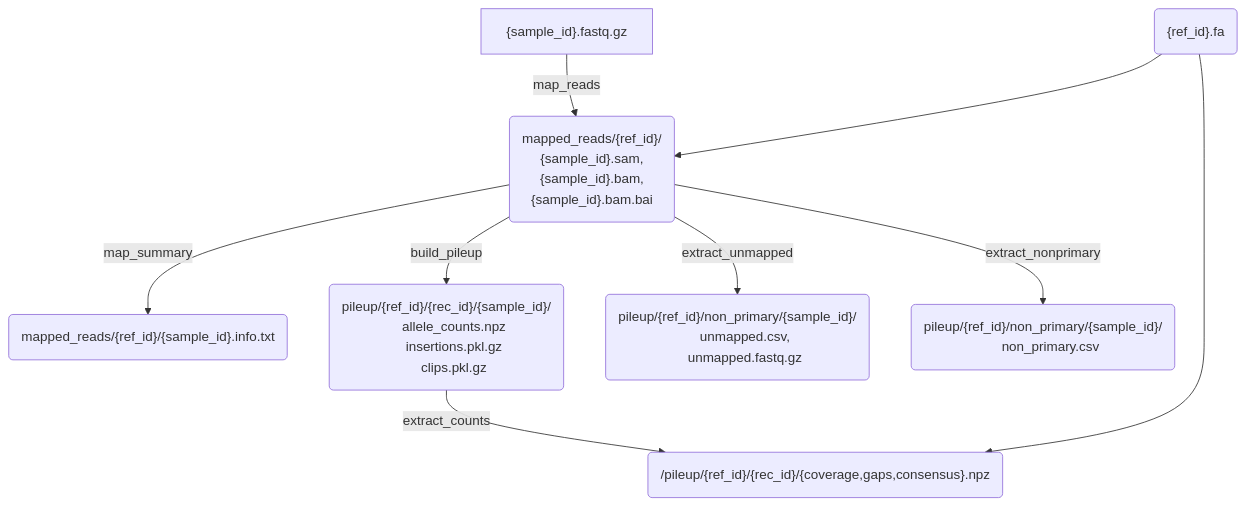
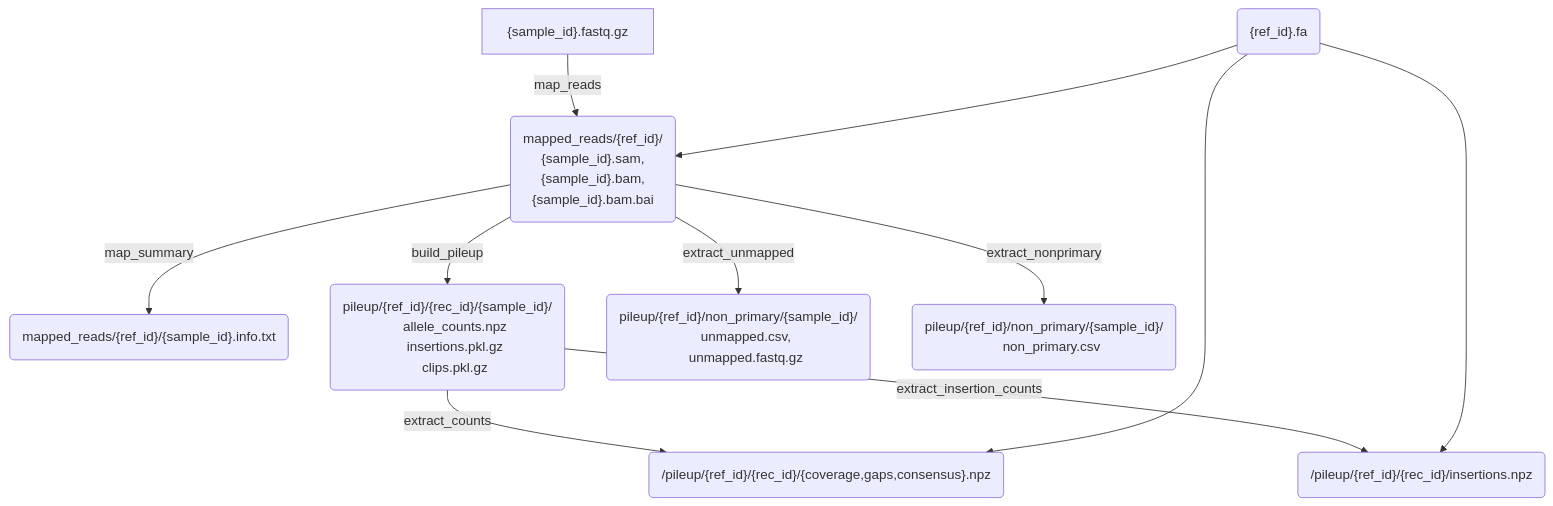
The second of 2 diagrams in notes/workflow_structure.md (mmolari/evo-genome-analysis), drawn with Mermaid before and after one commit. The commit also changed other lines of this file and 3 other files, not shown here.

Commit message:
feat: extract insertion counts

````diff
--- a/notes/workflow_structure.md
+++ b/notes/workflow_structure.md
@@ -61,29 +61,32 @@
 ```mermaid
 flowchart TD
 	Sample["{sample_id}.fastq.gz"]
 	Ref("{ref_id}.fa")
 	Map("mapped_reads/{ref_id}/
     {sample_id}.sam,
     {sample_id}.bam,
     {sample_id}.bam.bai")
   Info("mapped_reads/{ref_id}/{sample_id}.info.txt")
   Pileup("pileup/{ref_id}/{rec_id}/{sample_id}/
     allele_counts.npz
     insertions.pkl.gz
     clips.pkl.gz")
   Unmap("pileup/{ref_id}/non_primary/{sample_id}/
     unmapped.csv,
     unmapped.fastq.gz")
   NonPrim("pileup/{ref_id}/non_primary/{sample_id}/
     non_primary.csv")
   Cts("/pileup/{ref_id}/{rec_id}/{coverage,gaps,consensus}.npz")
+  Icts("/pileup/{ref_id}/{rec_id}/insertions.npz")
 
 	Sample --> |map_reads| Map
 	Ref --> Map
   Map --> |map_summary| Info
   Map --> |build_pileup| Pileup
   Map --> |extract_unmapped| Unmap
   Map --> |extract_nonprimary| NonPrim
   Pileup --> |extract_counts| Cts
   Ref --> Cts
+  Pileup --> |extract_insertion_counts| Icts
+  Ref --> Icts
 ```
````
